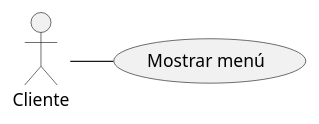
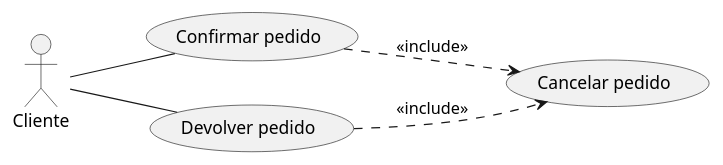
The diagram in casosdeusoI.puml (sandrasd89/CasosDeUsoI), drawn with PlantUML before and after one commit.

Commit message:
creado diagrama pedidos

```diff
--- a/casosdeusoI.puml
+++ b/casosdeusoI.puml
@@ -1,5 +1,11 @@
 @startuml
 
-:Cliente: -right- (Mostrar menú)
+:Cliente: as c
+left to right direction
+
+c -- (Confirmar pedido)
+c -- (Devolver pedido)
+(Confirmar pedido) ..> (Cancelar pedido): <<include>>
+(Devolver pedido) ..> (Cancelar pedido): <<include>>
 
 @enduml
```
